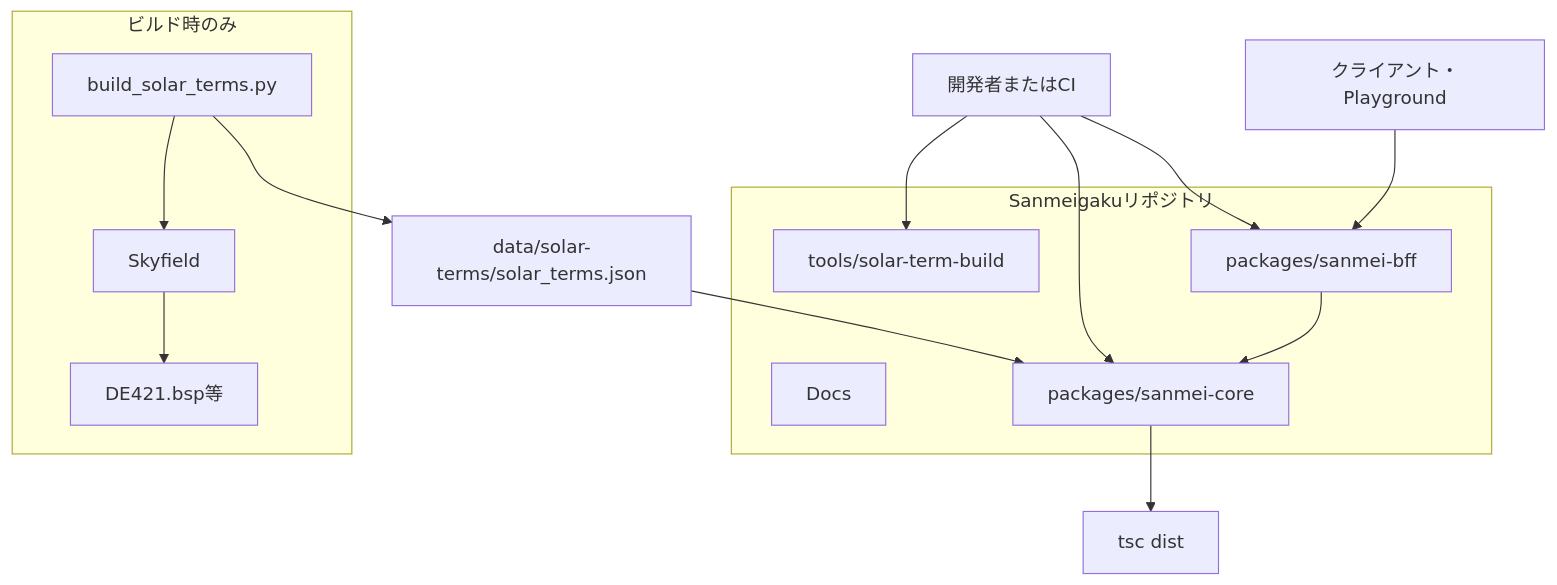
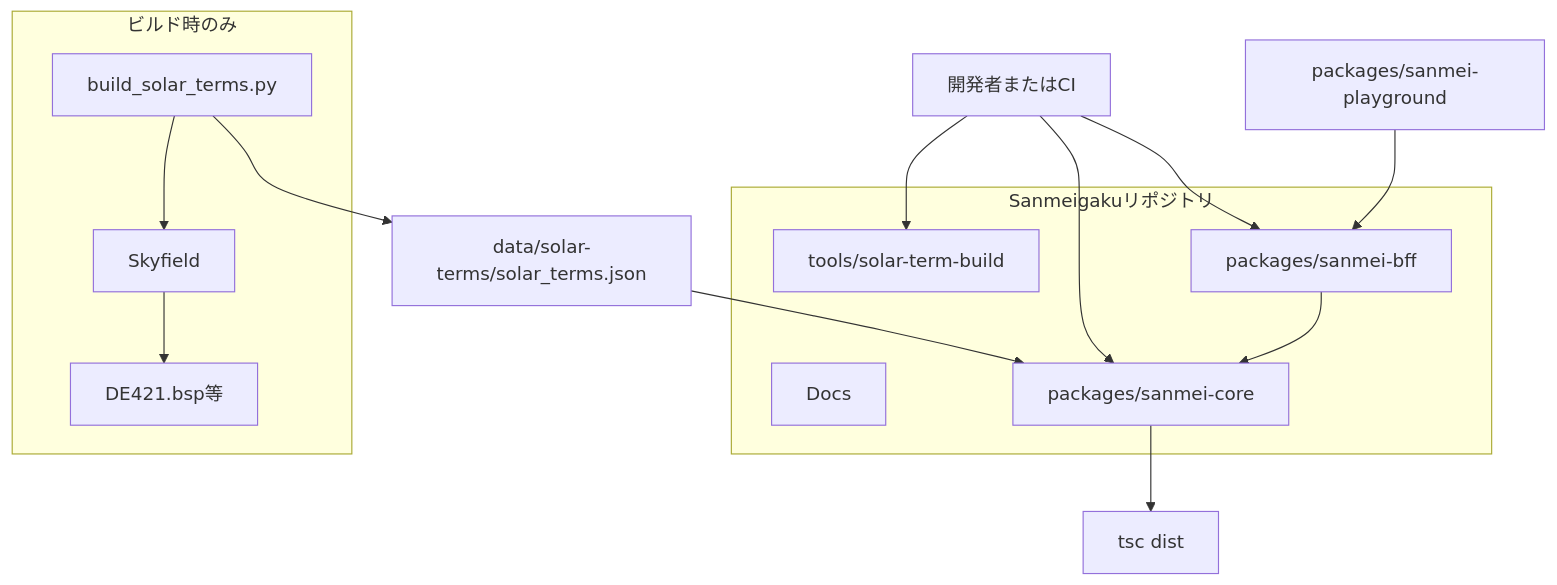
One commit to DukeGomadango/sanmei-core changed the first of 7 diagrams in Docs/IMPLEMENTATION.md. Above: the diagram before and after it, drawn with Mermaid. The commit also changed other lines of this file and 1 other file, not shown here.

Commit message:
docs: 管理者 Playground を文書に反映
Made-with: Cursor

````diff
--- a/Docs/IMPLEMENTATION.md
+++ b/Docs/IMPLEMENTATION.md
@@ -25,28 +25,28 @@
 ```mermaid
 flowchart TB
   subgraph repo [Sanmeigakuリポジトリ]
     docs[Docs]
     toolsDir[tools/solar-term-build]
     pkg[packages/sanmei-core]
     bff[packages/sanmei-bff]
   end
   subgraph buildOnly [ビルド時のみ]
     py[build_solar_terms.py]
     sky[Skyfield]
     de421[DE421.bsp等]
   end
   dataJson[data/solar-terms/solar_terms.json]
   tsc[tsc dist]
   dev[開発者またはCI]
-  consumer[クライアント・Playground]
+  front[packages/sanmei-playground]
   py --> sky
   sky --> de421
   py --> dataJson
   dataJson --> pkg
   pkg --> tsc
   bff --> pkg
   dev --> toolsDir
   dev --> pkg
   dev --> bff
-  consumer --> bff
+  front --> bff
 ```
````
